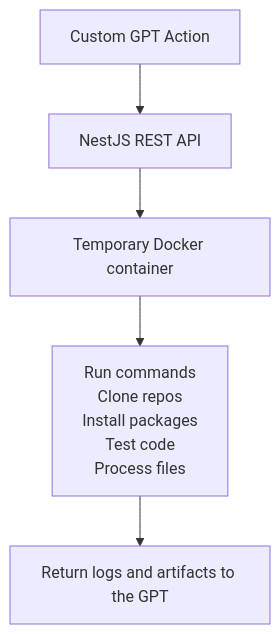
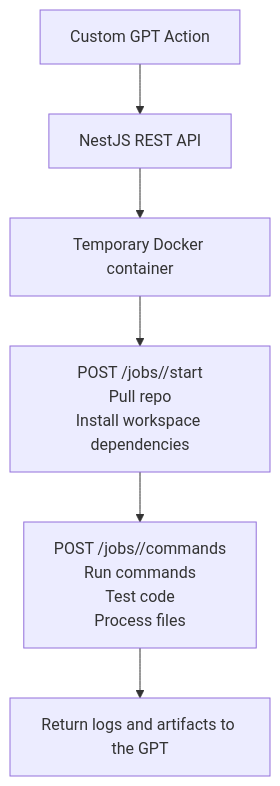
One commit to uhanku/gpt-runner changed the diagram in README.md. Above: the diagram before and after it, drawn with Mermaid. The commit also changed other lines of this file and 11 other files, not shown here.

````diff
--- a/README.md
+++ b/README.md
@@ -81,7 +83,8 @@
 ```mermaid
 flowchart TD
     A[Custom GPT Action] --> B[NestJS REST API]
     B --> C[Temporary Docker container]
-    C --> D[Run commands<br/>Clone repos<br/>Install packages<br/>Test code<br/>Process files]
-    D --> E[Return logs and artifacts to the GPT]
+    C --> D[POST /jobs/<jobId>/start<br/>Pull repo<br/>Install workspace dependencies]
+    D --> E[POST /jobs/<jobId>/commands<br/>Run commands<br/>Test code<br/>Process files]
+    E --> F[Return logs and artifacts to the GPT]
 ```
````
